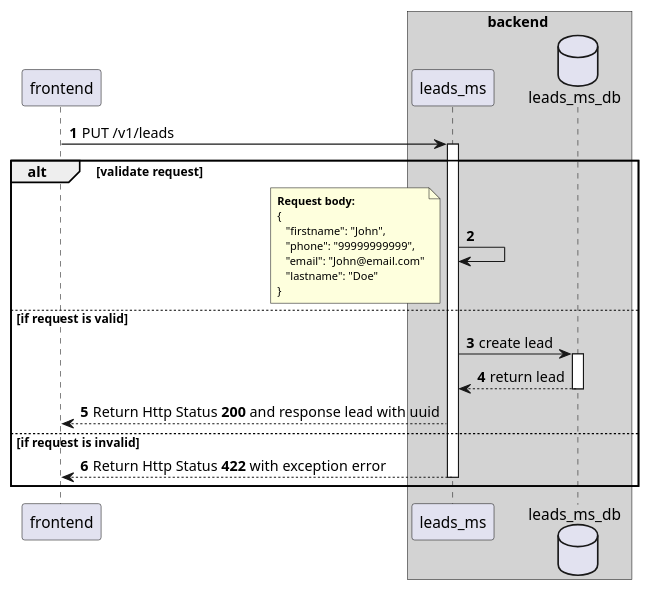
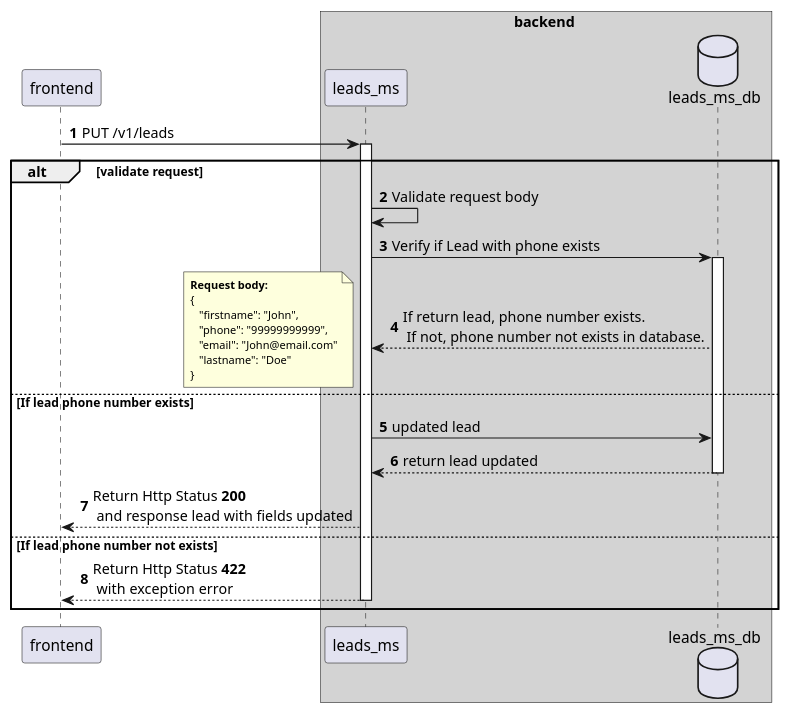
One commit to ebersonra/lead-ms changed the diagram in doc/apis-flow/PUT_v1_leads.puml. Above: the diagram before and after it, drawn with PlantUML. The commit also changed 6 other files, not shown here.

```diff
--- a/doc/apis-flow/PUT_v1_leads.puml
+++ b/doc/apis-flow/PUT_v1_leads.puml
@@ -1,41 +1,45 @@
 @startuml
 'https://plantuml.com/sequence-diagram
 
 autonumber
 
 participant frontend
 
 box backend #LightGray
 frontend -> leads_ms: PUT /v1/leads
 
 activate leads_ms
+database leads_ms_db
 
 alt validate request
-leads_ms -> leads_ms
+leads_ms -> leads_ms: Validate request body
+
+leads_ms -> leads_ms_db: Verify if Lead with phone exists
+activate leads_ms_db
+leads_ms_db --> leads_ms: If return lead, phone number exists.\n If not, phone number not exists in database.
+
     note left
         <size:10>**Request body:**</size>
         <size:10>{</size>
         <size:10>   "firstname": "John",</size>
         <size:10>   "phone": "99999999999",</size>
         <size:10>   "email": "John@email.com"</size>
         <size:10>   "lastname": "Doe"</size>
         <size:10>}</size>
     end note
-else if request is valid
-database leads_ms_db
+else If lead phone number exists
 
-leads_ms -> leads_ms_db: create lead
-activate leads_ms_db
+leads_ms -> leads_ms_db: updated lead
 
-leads_ms_db --> leads_ms: return lead
+leads_ms_db --> leads_ms: return lead updated
 deactivate leads_ms_db
-leads_ms --> frontend: Return Http Status **200** and response lead with uuid
+leads_ms --> frontend: Return Http Status **200**\n and response lead with fields updated
 
-else if request is invalid
-leads_ms --> frontend: Return Http Status **422** with exception error
+else If lead phone number not exists
+leads_ms --> frontend: Return Http Status **422**\n with exception error
 
 deactivate leads_ms
 end box
 end
 
 @enduml
```
